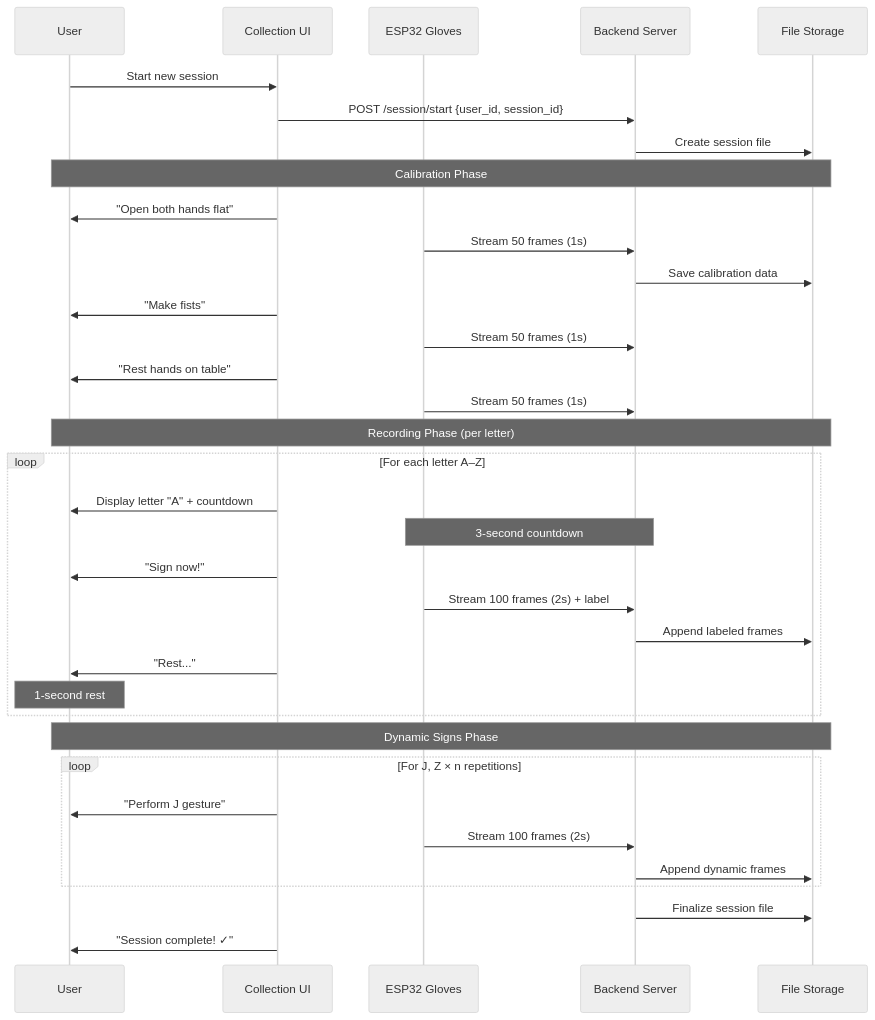
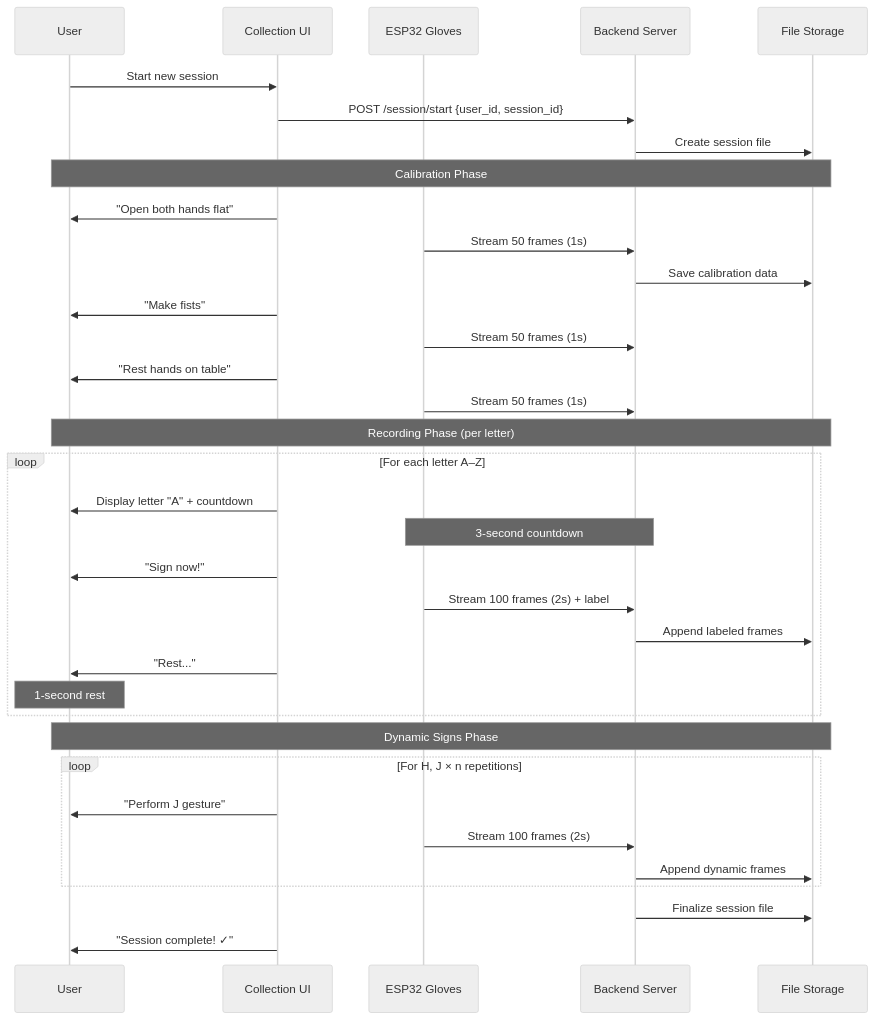
The fifth of 5 diagrams in docs/guide-sensor-data-collection.md (Ravinx001/British-Sign-Language-to-TTS-Gloves), drawn with Mermaid (neutral theme) before and after one commit. The commit also changed other lines of this file and 9 other files, not shown here.

````diff
--- a/docs/guide-sensor-data-collection.md
+++ b/docs/guide-sensor-data-collection.md
@@ -585,42 +585,42 @@
 ```mermaid
 sequenceDiagram
     participant U as User
     participant UI as Collection UI
     participant ESP as ESP32 Gloves
     participant BE as Backend Server
     participant FS as File Storage
 
     U->>UI: Start new session
     UI->>BE: POST /session/start {user_id, session_id}
     BE->>FS: Create session file
 
     Note over U,FS: Calibration Phase
     UI->>U: "Open both hands flat"
     ESP->>BE: Stream 50 frames (1s)
     BE->>FS: Save calibration data
     UI->>U: "Make fists"
     ESP->>BE: Stream 50 frames (1s)
     UI->>U: "Rest hands on table"
     ESP->>BE: Stream 50 frames (1s)
 
     Note over U,FS: Recording Phase (per letter)
     loop For each letter A–Z
         UI->>U: Display letter "A" + countdown
         Note over ESP,BE: 3-second countdown
         UI->>U: "Sign now!"
         ESP->>BE: Stream 100 frames (2s) + label
         BE->>FS: Append labeled frames
         UI->>U: "Rest..."
         Note over U: 1-second rest
     end
 
     Note over U,FS: Dynamic Signs Phase
-    loop For J, Z × n repetitions
+    loop For H, J × n repetitions
         UI->>U: "Perform J gesture"
         ESP->>BE: Stream 100 frames (2s)
         BE->>FS: Append dynamic frames
     end
 
     BE->>FS: Finalize session file
     UI->>U: "Session complete! ✓"
 ```
````
